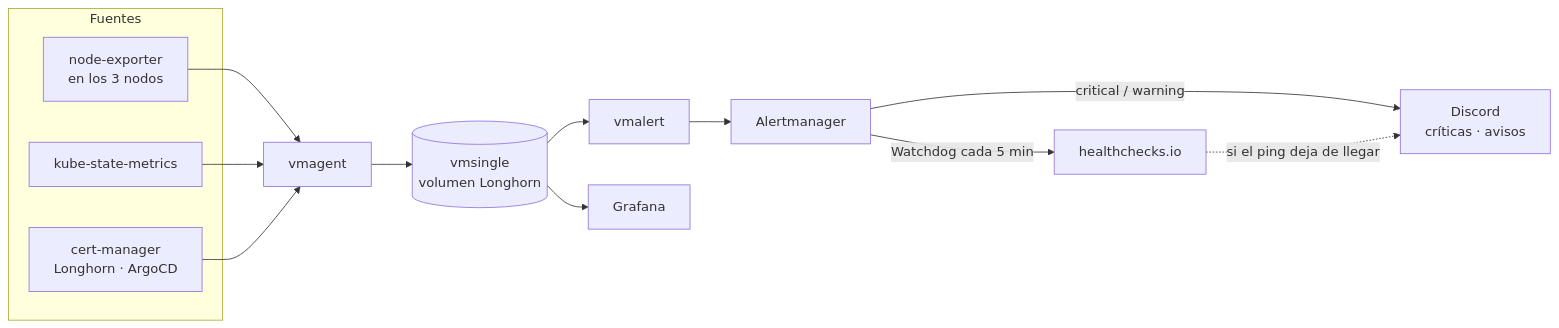
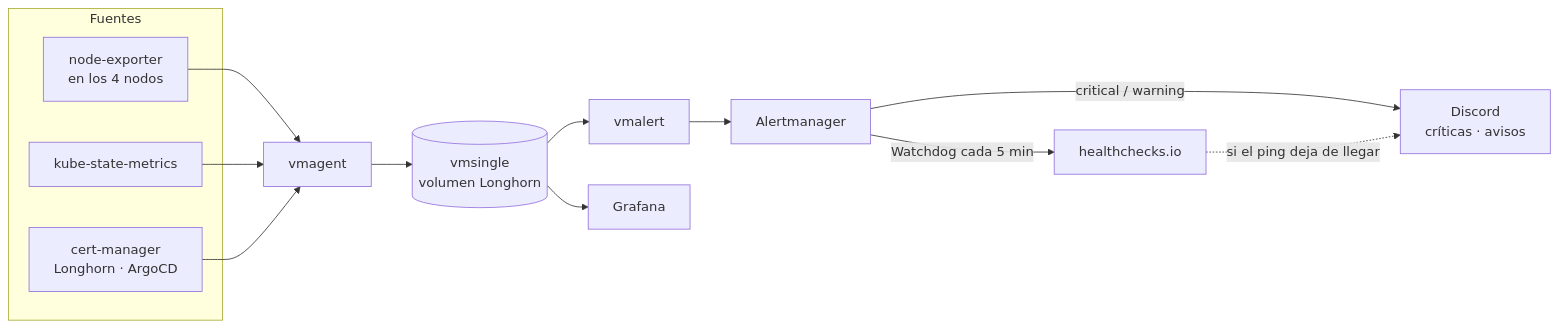
Before and after one commit to maceosoft/homelab: the fourth of 4 diagrams in docs/implementacion/fase-4-gitops.en.md, drawn with Mermaid. The commit also changed other lines of this file and 161 other files, not shown here.

````diff
--- a/docs/implementacion/fase-4-gitops.en.md
+++ b/docs/implementacion/fase-4-gitops.en.md
@@ -859,25 +864,25 @@
 ```mermaid
 flowchart LR
   subgraph fuentes [Fuentes]
-    NE[node-exporter\nen los 3 nodos]
+    NE[node-exporter\nen los 4 nodos]
     KS[kube-state-metrics]
     PL[cert-manager\nLonghorn · ArgoCD]
   end
   AG[vmagent]
   DB[(vmsingle\nvolumen Longhorn)]
   AL[vmalert]
   AM[Alertmanager]
   GF[Grafana]
   DC[Discord\ncríticas · avisos]
   HC[healthchecks.io]
   NE --> AG
   KS --> AG
   PL --> AG
   AG --> DB
   DB --> AL
   DB --> GF
   AL --> AM
   AM -->|critical / warning| DC
   AM -->|Watchdog cada 5 min| HC
   HC -.->|si el ping deja de llegar| DC
 ```
````
